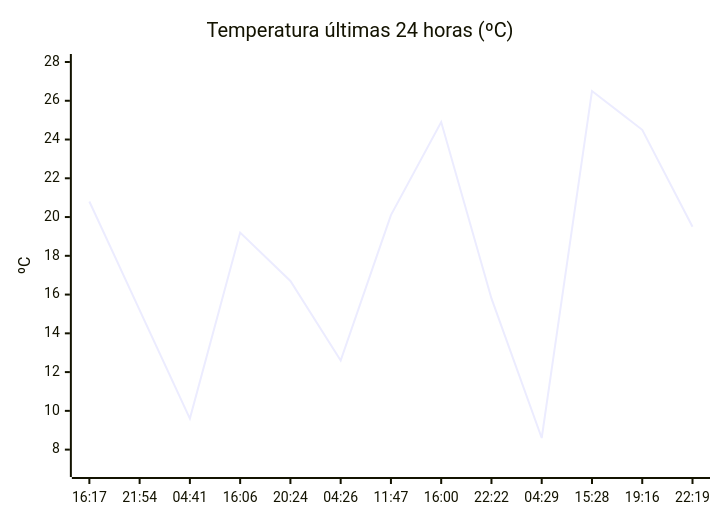
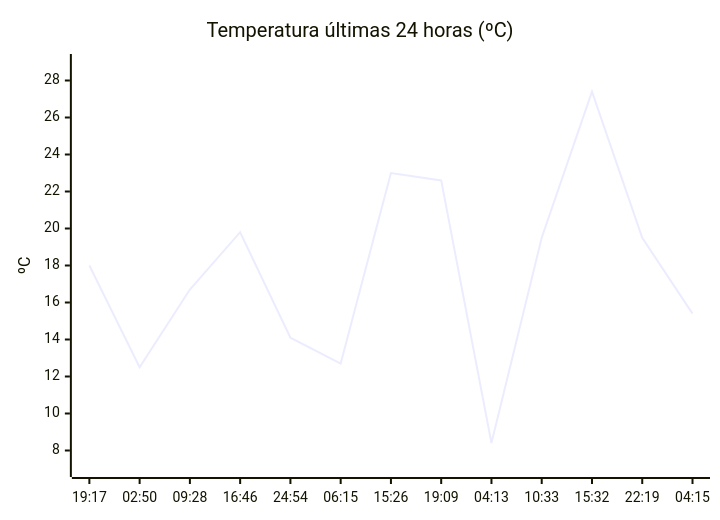
The diagram in README.md (solidsnk86/rem-scrap), drawn with Mermaid before and after one commit. The commit also changed other lines of this file, not shown here.

````diff
--- a/README.md
+++ b/README.md
@@ -28,7 +28,7 @@
 ```mermaid
 xychart-beta
     title "Temperatura últimas 24 horas (ºC)"
-    x-axis ["16:17", "21:54", "04:41", "16:06", "20:24", "04:26", "11:47", "16:00", "22:22", "04:29", "15:28", "19:16", "22:19"]
-    y-axis "ºC" 7 --> 28
-    line [20.8, 15.2, 9.6, 19.2, 16.7, 12.6, 20.1, 24.9, 15.8, 8.6, 26.5, 24.5, 19.5]
+    x-axis ["19:17", "02:50", "09:28", "16:46", "24:54", "06:15", "15:26", "19:09", "04:13", "10:33", "15:32", "22:19", "04:15"]
+    y-axis "ºC" 7 --> 29
+    line [18, 12.5, 16.7, 19.8, 14.1, 12.7, 23, 22.6, 8.4, 19.5, 27.4, 19.5, 15.4]
 ```
````
